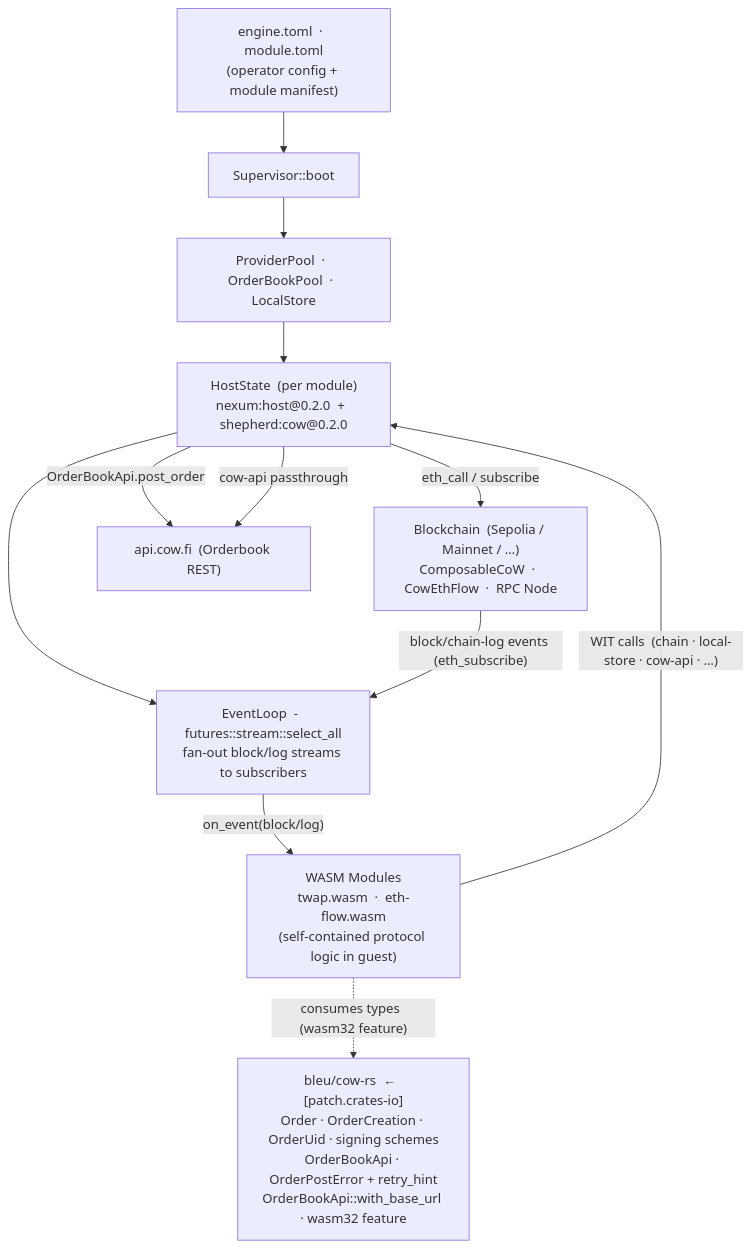
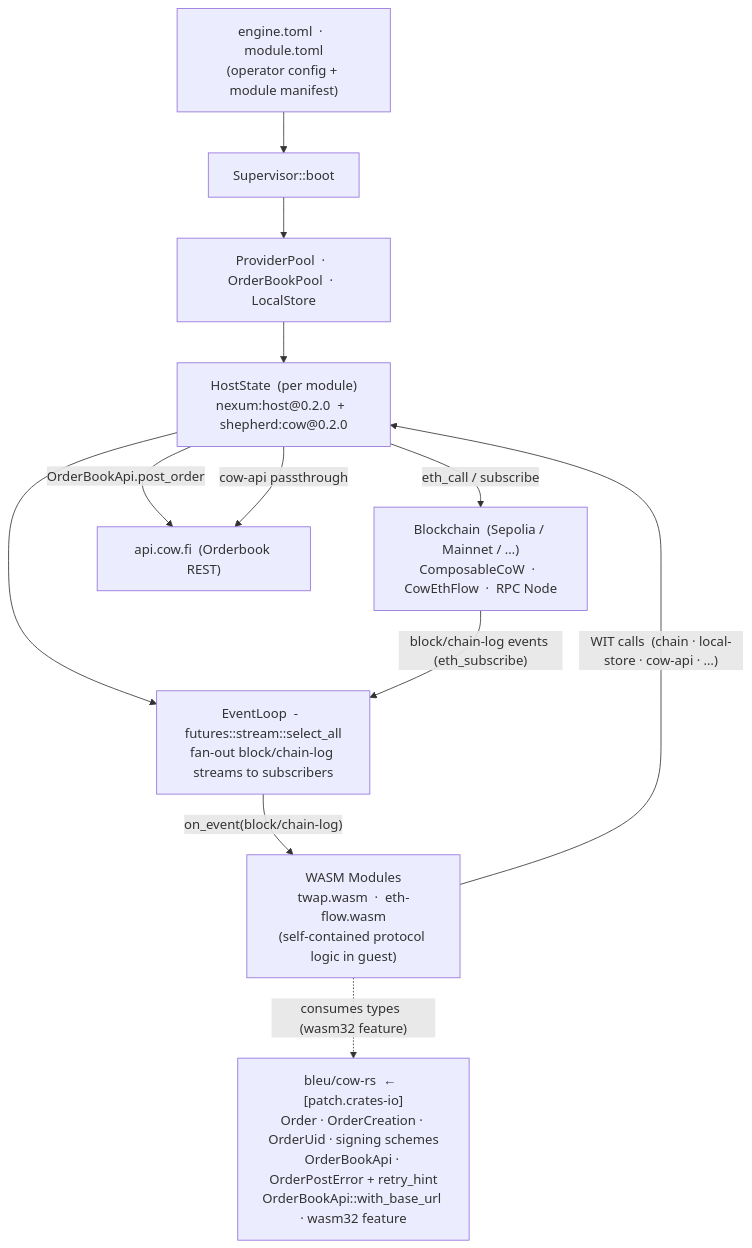
The first of 8 diagrams in docs/diagrams/diagrams.md (nullislabs/shepherd), drawn with Mermaid before and after one commit. The commit also changed other lines of this file and 3 other files, not shown here.

Commit message:
docs: finish the chain-log rename in readme, runbook, template, and diagrams

````diff
--- a/docs/diagrams/diagrams.md
+++ b/docs/diagrams/diagrams.md
@@ -13,24 +13,24 @@
 ```mermaid
 graph TD
     ET["engine.toml  ·  module.toml\n(operator config + module manifest)"]
     SUP["Supervisor::boot"]
     POOLS["ProviderPool  ·  OrderBookPool  ·  LocalStore"]
     HS["HostState  (per module)\nnexum:host@0.2.0  +  shepherd:cow@0.2.0"]
-    EL["EventLoop  -  futures::stream::select_all\nfan-out block/log streams to subscribers"]
+    EL["EventLoop  -  futures::stream::select_all\nfan-out block/chain-log streams to subscribers"]
     MODS["WASM Modules\ntwap.wasm  ·  eth-flow.wasm\n(self-contained protocol logic in guest)"]
     BC["Blockchain  (Sepolia / Mainnet / …)\nComposableCoW  ·  CowEthFlow  ·  RPC Node"]
     CR["bleu/cow-rs  ←  [patch.crates-io]\nOrder · OrderCreation · OrderUid · signing schemes\nOrderBookApi · OrderPostError + retry_hint\nOrderBookApi::with_base_url · wasm32 feature"]
     OB["api.cow.fi  (Orderbook REST)"]
 
     ET --> SUP
     SUP --> POOLS
     POOLS --> HS
     HS --> EL
     BC -->|"block/chain-log events (eth_subscribe)"| EL
-    EL -->|"on_event(block/log)"| MODS
+    EL -->|"on_event(block/chain-log)"| MODS
     MODS -->|"WIT calls  (chain · local-store · cow-api · …)"| HS
     MODS -.->|"consumes types  (wasm32 feature)"| CR
     HS -->|"eth_call / subscribe"| BC
     HS -->|"OrderBookApi.post_order"| OB
     HS -->|"cow-api passthrough"| OB
 ```
````
